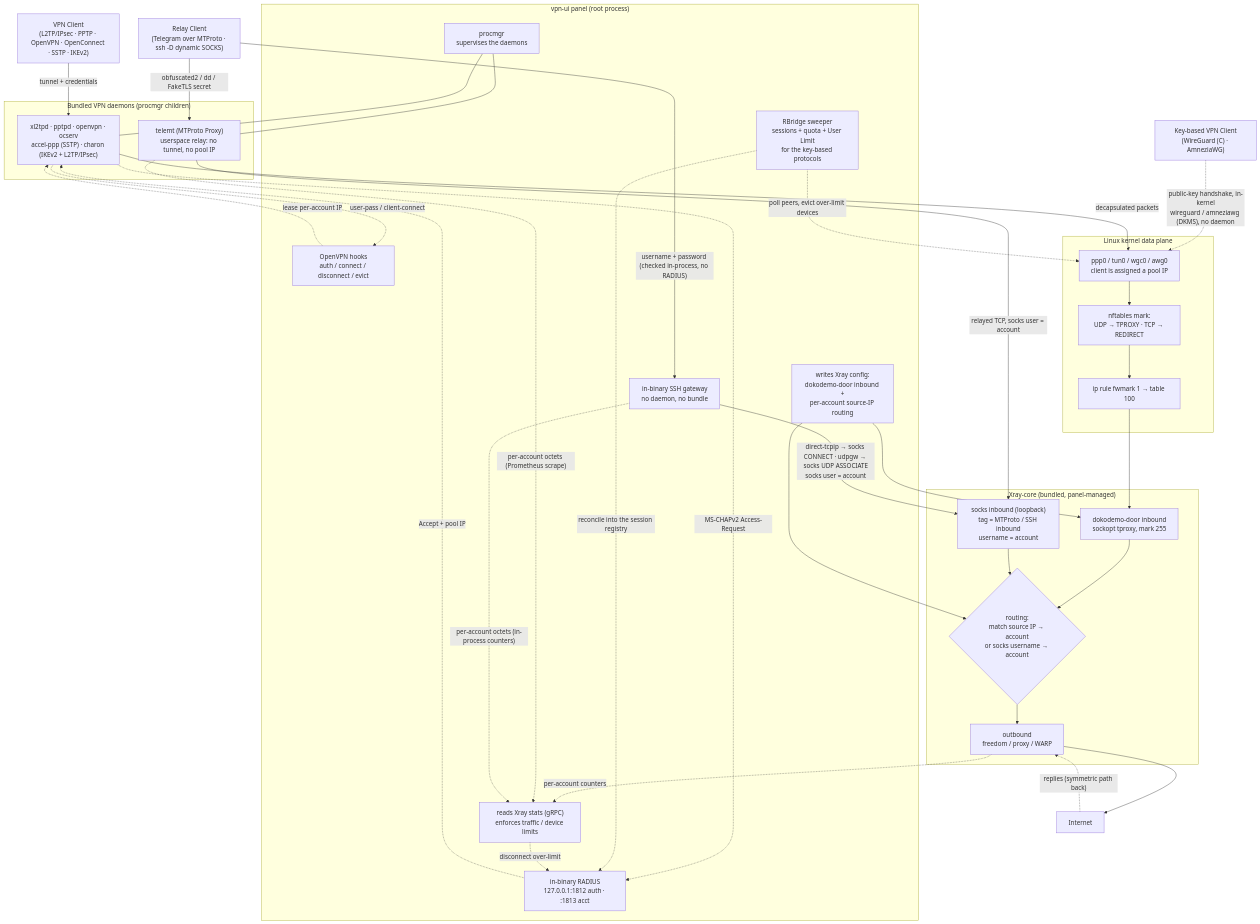
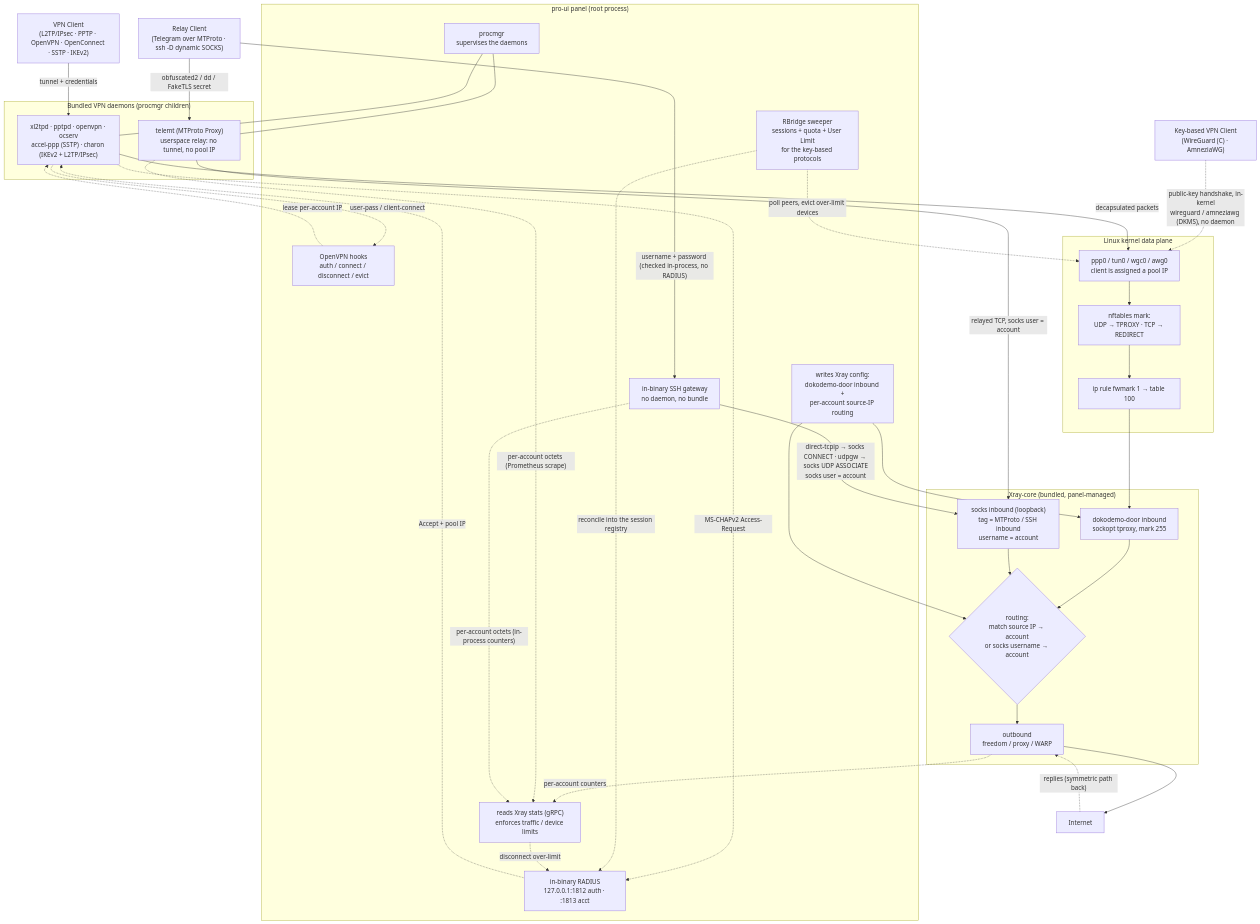
The diagram in flowchart.md (hasan1808/vpn-ui), drawn with Mermaid before and after one commit. The commit also changed 243 other files, not shown here.

Commit message:
rebrand: VPN-UI -> PRO-UI (module path github.com/hasan1808/pro-ui, UI brand, certs, console); keep server paths/binary/service/command vpn-ui so manual update keeps working

````diff
--- a/flowchart.md
+++ b/flowchart.md
@@ -30,67 +30,67 @@
 ```mermaid
 flowchart TB
   Client["VPN Client<br/>(L2TP/IPsec · PPTP · OpenVPN · OpenConnect · SSTP · IKEv2)"]
   KClient["Key-based VPN Client<br/>(WireGuard (C) · AmneziaWG)"]
   RClient["Relay Client<br/>(Telegram over MTProto · ssh -D dynamic SOCKS)"]
 
-  subgraph PANEL["vpn-ui panel (root process)"]
+  subgraph PANEL["pro-ui panel (root process)"]
     PROC["procmgr<br/>supervises the daemons"]
     RAD["in-binary RADIUS<br/>127.0.0.1:1812 auth · :1813 acct"]
     HOOK["OpenVPN hooks<br/>auth / connect / disconnect / evict"]
     RB["RBridge sweeper<br/>sessions + quota + User Limit<br/>for the key-based protocols"]
     SSHSRV["in-binary SSH gateway<br/>no daemon, no bundle"]
     CONF["writes Xray config:<br/>dokodemo-door inbound +<br/>per-account source-IP routing"]
     STAT["reads Xray stats (gRPC)<br/>enforces traffic / device limits"]
   end
 
   subgraph DAEMON["Bundled VPN daemons (procmgr children)"]
     D["xl2tpd · pptpd · openvpn · ocserv<br/>accel-ppp (SSTP) · charon (IKEv2 + L2TP/IPsec)"]
     MT["telemt (MTProto Proxy)<br/>userspace relay: no tunnel, no pool IP"]
   end
 
   subgraph KERNEL["Linux kernel data plane"]
     IFACE["ppp0 / tun0 / wgc0 / awg0<br/>client is assigned a pool IP"]
     NFT["nftables mark:<br/>UDP → TPROXY · TCP → REDIRECT"]
     RULE["ip rule fwmark 1 → table 100"]
   end
 
   subgraph XRAY["Xray-core (bundled, panel-managed)"]
     DOKO["dokodemo-door inbound<br/>sockopt tproxy, mark 255"]
     SOCKS["socks inbound (loopback)<br/>tag = MTProto / SSH inbound<br/>username = account"]
     ROUTE{"routing:<br/>match source IP → account<br/>or socks username → account"}
     OUT["outbound<br/>freedom / proxy / WARP"]
   end
 
   NET["Internet"]
 
   %% control plane
   Client -->|"tunnel + credentials"| D
   KClient -.->|"public-key handshake, in-kernel<br/>wireguard / amneziawg (DKMS), no daemon"| IFACE
   RClient -->|"obfuscated2 / dd / FakeTLS secret"| MT
   RClient -->|"username + password (checked in-process, no RADIUS)"| SSHSRV
   D -.->|"MS-CHAPv2 Access-Request"| RAD
   RAD -.->|"Accept + pool IP"| D
   D -.->|"user-pass / client-connect"| HOOK
   HOOK -.->|"lease per-account IP"| D
   RB -.->|"poll peers, evict over-limit devices"| IFACE
   RB -.->|"reconcile into the session registry"| RAD
   PROC --- D
   PROC --- MT
   CONF --> DOKO
   CONF --> ROUTE
 
   %% data plane
   D -->|"decapsulated packets"| IFACE
   IFACE --> NFT --> RULE --> DOKO
   DOKO --> ROUTE --> OUT --> NET
   MT -->|"relayed TCP, socks user = account"| SOCKS
   SSHSRV -->|"direct-tcpip → socks CONNECT · udpgw → socks UDP ASSOCIATE<br/>socks user = account"| SOCKS
   SOCKS --> ROUTE
 
   %% accounting + return
   OUT -.->|"per-account counters"| STAT
   MT -.->|"per-account octets (Prometheus scrape)"| STAT
   SSHSRV -.->|"per-account octets (in-process counters)"| STAT
   STAT -.->|"disconnect over-limit"| RAD
   NET -.->|"replies (symmetric path back)"| OUT
 ```
````
